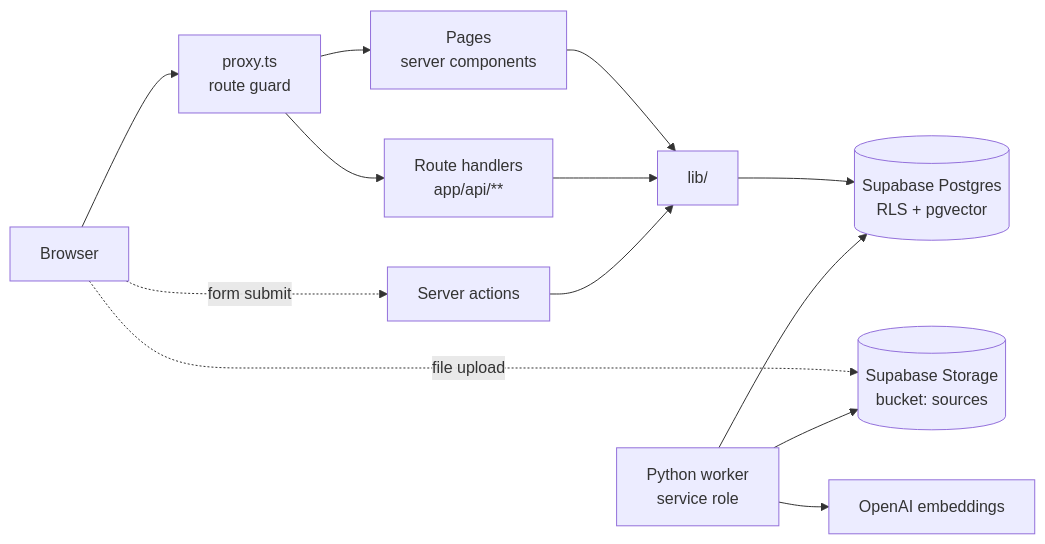
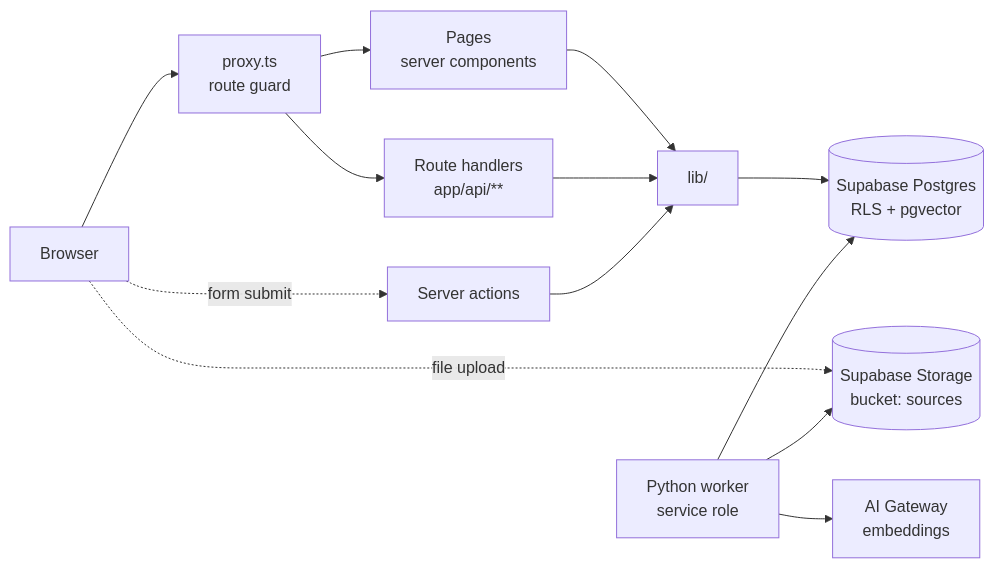
One commit to lb-cs/synthesis-platform changed the first of 3 diagrams in docs/design/architecture.md. Above: the diagram before and after it, drawn with Mermaid. The commit also changed 10 other files, not shown here.

First line of the commit message:
fix: embed worker chunks through AI Gateway (CECS491-70)

````diff
--- a/docs/design/architecture.md
+++ b/docs/design/architecture.md
@@ -26,15 +26,15 @@
 ```mermaid
 flowchart LR
   Browser --> Proxy["proxy.ts<br/>route guard"]
   Proxy --> Pages["Pages<br/>server components"]
   Proxy --> API["Route handlers<br/>app/api/**"]
   Browser -. form submit .-> Actions["Server actions"]
   Pages --> Lib["lib/"]
   API --> Lib
   Actions --> Lib
   Lib --> DB[("Supabase Postgres<br/>RLS + pgvector")]
   Browser -. file upload .-> Storage[("Supabase Storage<br/>bucket: sources")]
   Worker["Python worker<br/>service role"] --> DB
   Worker --> Storage
-  Worker --> Embed["OpenAI embeddings"]
+  Worker --> Embed["AI Gateway<br/>embeddings"]
 ```
````
